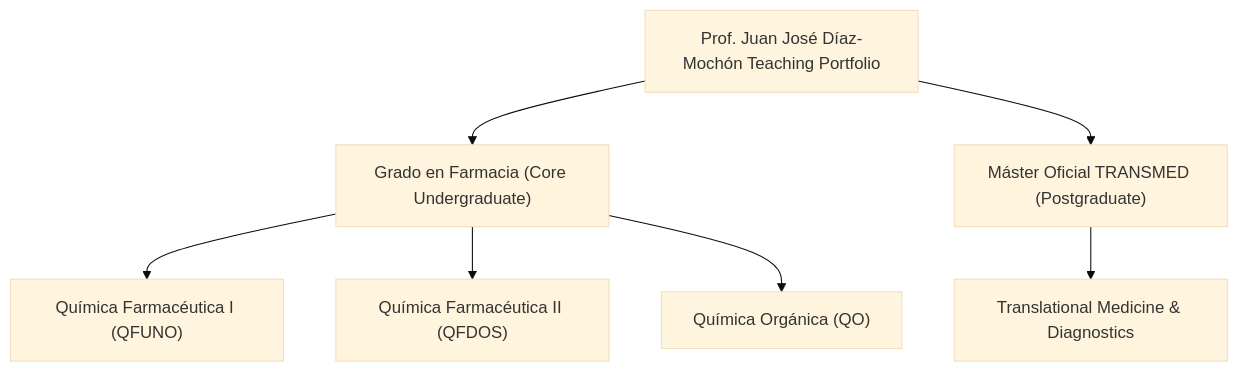
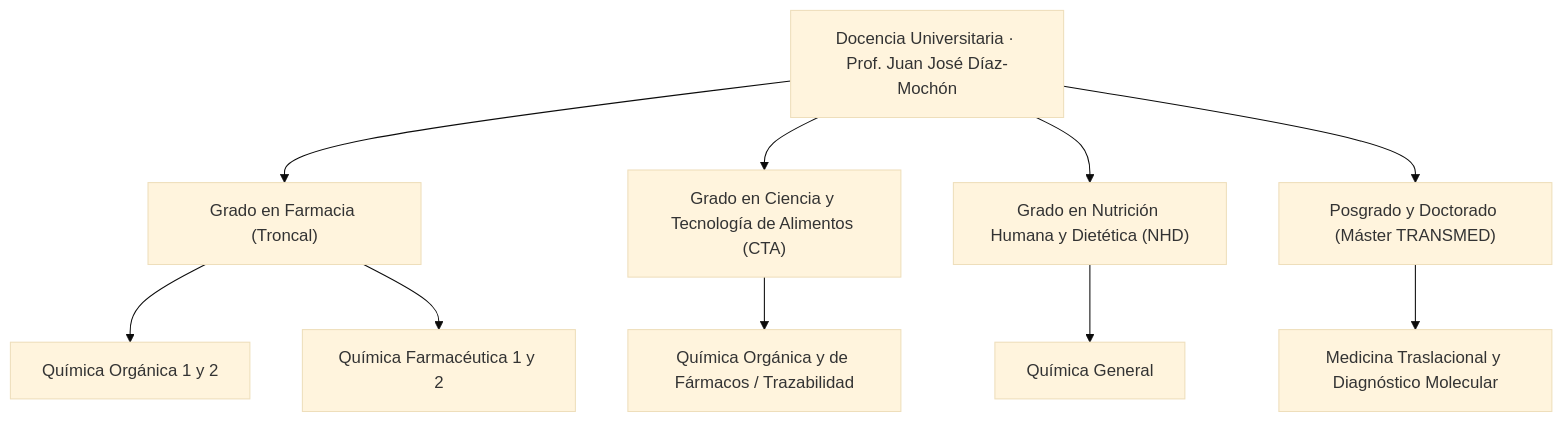
Before and after one commit to jjdmochon/Catedra-UGR-31-7-2026: the diagram in wiki/courses/Overview.md, drawn with Mermaid (base theme). The commit also changed other lines of this file and 35 other files, not shown here.

````diff
--- a/wiki/courses/Overview.md
+++ b/wiki/courses/Overview.md
@@ -40,11 +19,13 @@
 ```mermaid
 graph TD
-    A["Prof. Juan José Díaz-Mochón Teaching Portfolio"] --> B["Grado en Farmacia (Core Undergraduate)"]
-    A --> C["Máster Oficial TRANSMED (Postgraduate)"]
+    A["Docencia Universitaria · Prof. Juan José Díaz-Mochón"] --> B["Grado en Farmacia (Troncal)"]
+    A --> C["Grado en Ciencia y Tecnología de Alimentos (CTA)"]
+    A --> D["Grado en Nutrición Humana y Dietética (NHD)"]
+    A --> E["Posgrado y Doctorado (Máster TRANSMED)"]
     
-    B --> D["Química Farmacéutica I (QFUNO)"]
-    B --> E["Química Farmacéutica II (QFDOS)"]
-    B --> F["Química Orgánica (QO)"]
-    
-    C --> G["Translational Medicine & Diagnostics"]
+    B --> F["Química Orgánica 1 y 2"]
+    B --> G["Química Farmacéutica 1 y 2"]
+    C --> H["Química Orgánica y de Fármacos / Trazabilidad"]
+    D --> I["Química General"]
+    E --> J["Medicina Traslacional y Diagnóstico Molecular"]
 ```
````
